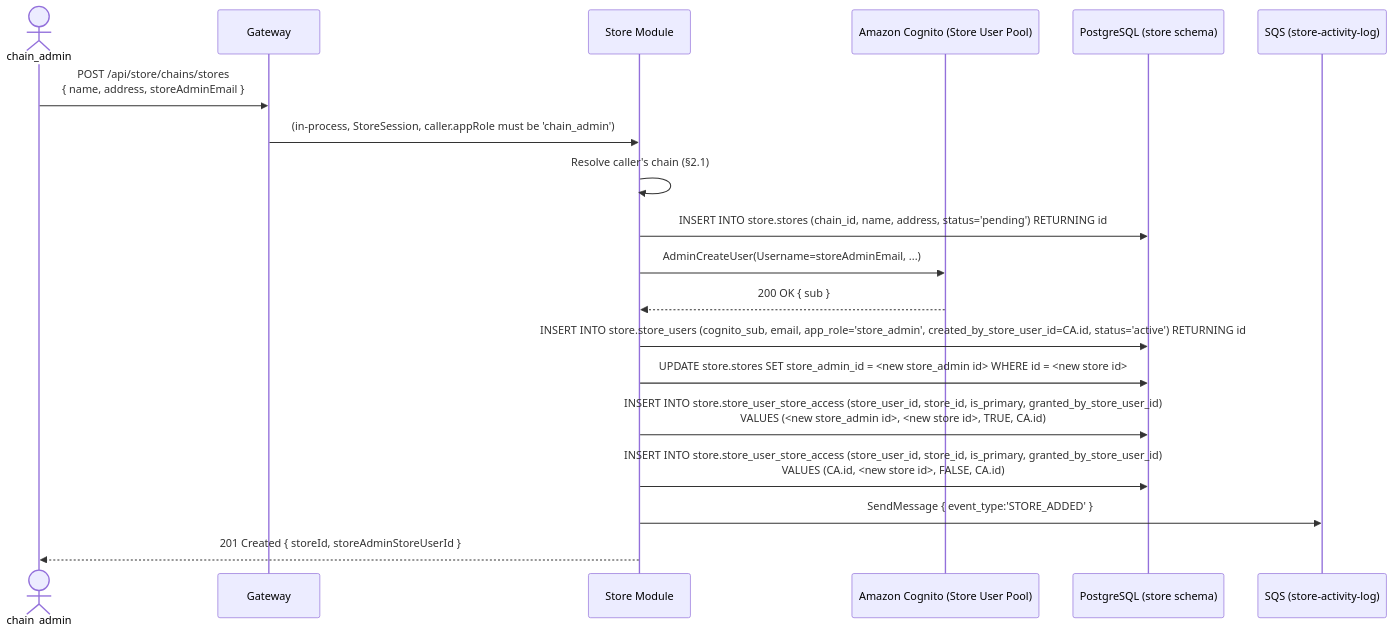
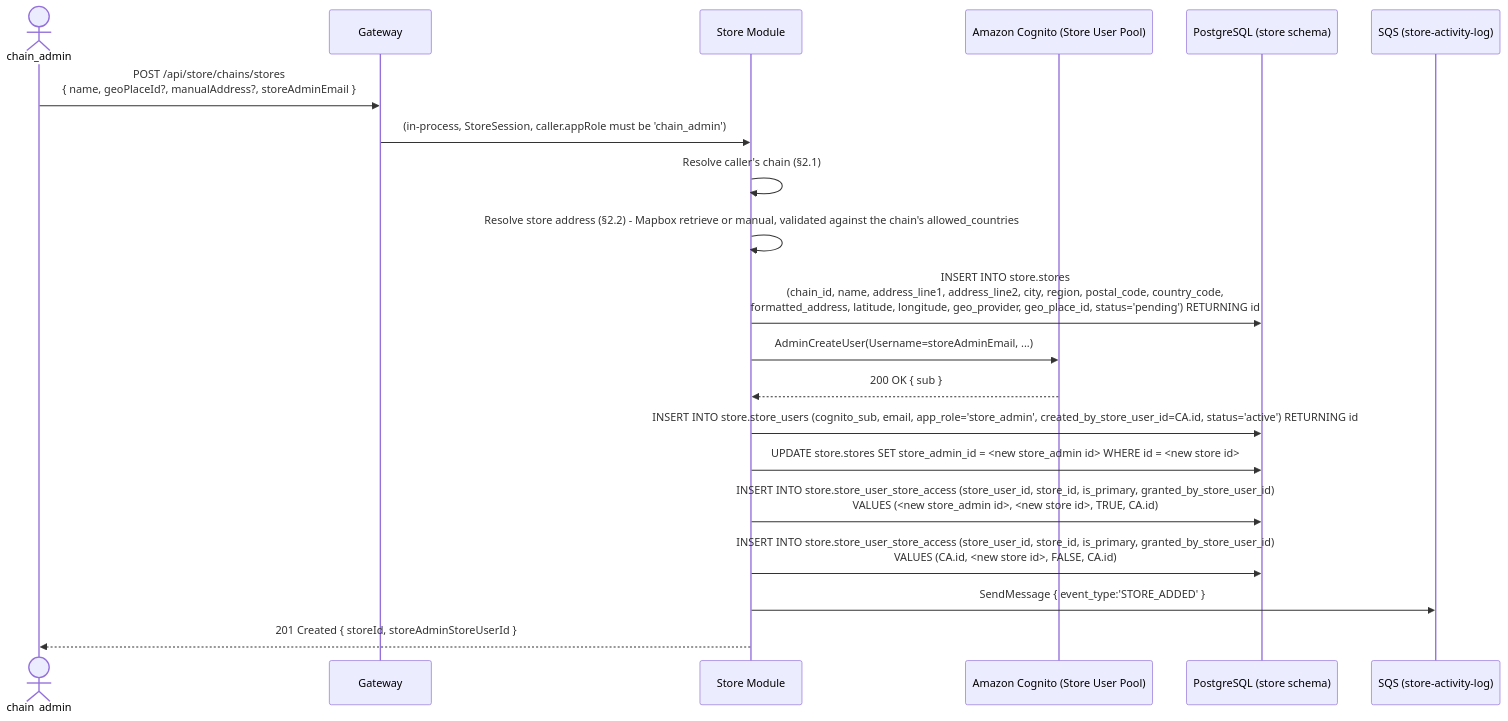
One commit to szhanggit/appointmentsystemdesign changed the fourth of 10 diagrams in usercasestudy/growayshop-registration-workflow.md. Above: the diagram before and after it, drawn with Mermaid. The commit also changed other lines of this file and 1 other file, not shown here.

Commit message:
Added Mapbox.

````diff
--- a/usercasestudy/growayshop-registration-workflow.md
+++ b/usercasestudy/growayshop-registration-workflow.md
@@ -233,22 +290,23 @@
 ```mermaid
 sequenceDiagram
     actor CA as chain_admin
     participant GW as Gateway
     participant SM as Store Module
     participant SCOG as Amazon Cognito (Store User Pool)
     participant DB as PostgreSQL (store schema)
     participant SQSQ as SQS (store-activity-log)
 
-    CA->>GW: POST /api/store/chains/stores<br/>{ name, address, storeAdminEmail }
+    CA->>GW: POST /api/store/chains/stores<br/>{ name, geoPlaceId?, manualAddress?, storeAdminEmail }
     GW->>SM: (in-process, StoreSession, caller.appRole must be 'chain_admin')
     SM->>SM: Resolve caller's chain (§2.1)
-    SM->>DB: INSERT INTO store.stores (chain_id, name, address, status='pending') RETURNING id
+    SM->>SM: Resolve store address (§2.2) - Mapbox retrieve or manual, validated against the chain's allowed_countries
+    SM->>DB: INSERT INTO store.stores<br/>(chain_id, name, address_line1, address_line2, city, region, postal_code, country_code,<br/>formatted_address, latitude, longitude, geo_provider, geo_place_id, status='pending') RETURNING id
     SM->>SCOG: AdminCreateUser(Username=storeAdminEmail, ...)
     SCOG-->>SM: 200 OK { sub }
     SM->>DB: INSERT INTO store.store_users (cognito_sub, email, app_role='store_admin', created_by_store_user_id=CA.id, status='active') RETURNING id
     SM->>DB: UPDATE store.stores SET store_admin_id = <new store_admin id> WHERE id = <new store id>
     SM->>DB: INSERT INTO store.store_user_store_access (store_user_id, store_id, is_primary, granted_by_store_user_id)<br/>VALUES (<new store_admin id>, <new store id>, TRUE, CA.id)
     SM->>DB: INSERT INTO store.store_user_store_access (store_user_id, store_id, is_primary, granted_by_store_user_id)<br/>VALUES (CA.id, <new store id>, FALSE, CA.id)
     SM->>SQSQ: SendMessage { event_type:'STORE_ADDED' }
     SM-->>CA: 201 Created { storeId, storeAdminStoreUserId }
 ```
````
